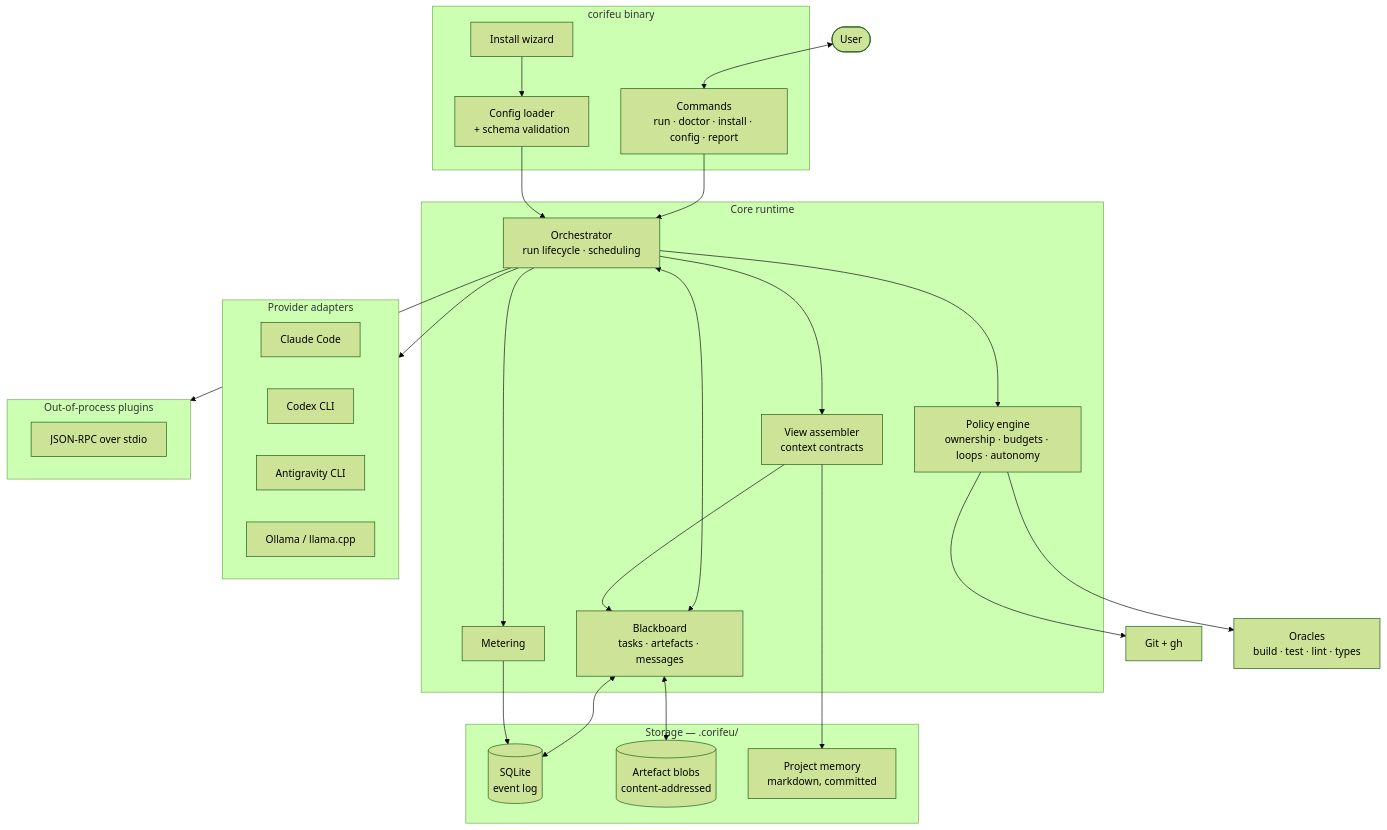
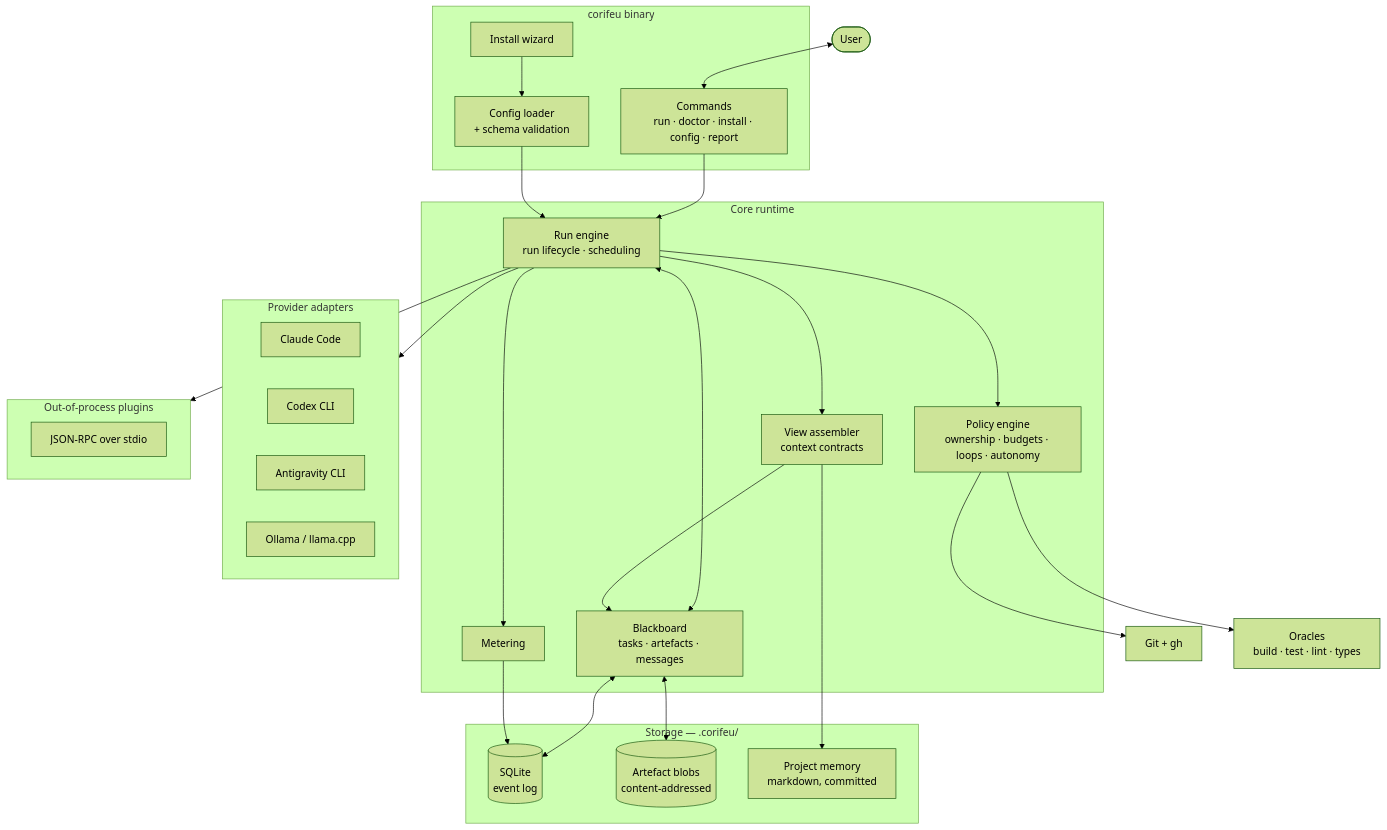
Before and after one commit to baphomello/corifeu: the first of 8 diagrams in docs/architecture.md, drawn with Mermaid (forest theme). The commit also changed other lines of this file and 25 other files, not shown here.

````diff
--- a/docs/architecture.md
+++ b/docs/architecture.md
@@ -26,57 +26,57 @@
 ```mermaid
 graph TB
     User([User])
 
     subgraph CLI["corifeu binary"]
         Cmd["Commands<br/>run · doctor · install · config · report"]
         Wizard["Install wizard"]
         Cfg["Config loader<br/>+ schema validation"]
     end
 
     subgraph Core["Core runtime"]
-        Orch["Orchestrator<br/>run lifecycle · scheduling"]
+        Orch["Run engine<br/>run lifecycle · scheduling"]
         Board["Blackboard<br/>tasks · artefacts · messages"]
         View["View assembler<br/>context contracts"]
         Policy["Policy engine<br/>ownership · budgets · loops · autonomy"]
         Meter["Metering"]
     end
 
     subgraph Store["Storage — .corifeu/"]
         DB[("SQLite<br/>event log")]
         Blobs[("Artefact blobs<br/>content-addressed")]
         Mem["Project memory<br/>markdown, committed"]
     end
 
     subgraph Adapters["Provider adapters"]
         direction LR
         ClaudeA["Claude Code"]
         CodexA["Codex CLI"]
         GeminiA["Antigravity CLI"]
         LocalA["Ollama / llama.cpp"]
     end
 
     subgraph Ext["Out-of-process plugins"]
         Plug["JSON-RPC over stdio"]
     end
 
     Git["Git + gh"]
     Oracles["Oracles<br/>build · test · lint · types"]
 
     User <--> Cmd
     Cmd --> Orch
     Wizard --> Cfg
     Cfg --> Orch
     Orch <--> Board
     Orch --> View
     Orch --> Policy
     Orch --> Meter
     View --> Board
     Board <--> DB
     Board <--> Blobs
     View --> Mem
     Orch --> Adapters
     Orch --> Ext
     Policy --> Git
     Policy --> Oracles
     Meter --> DB
 ```
````
